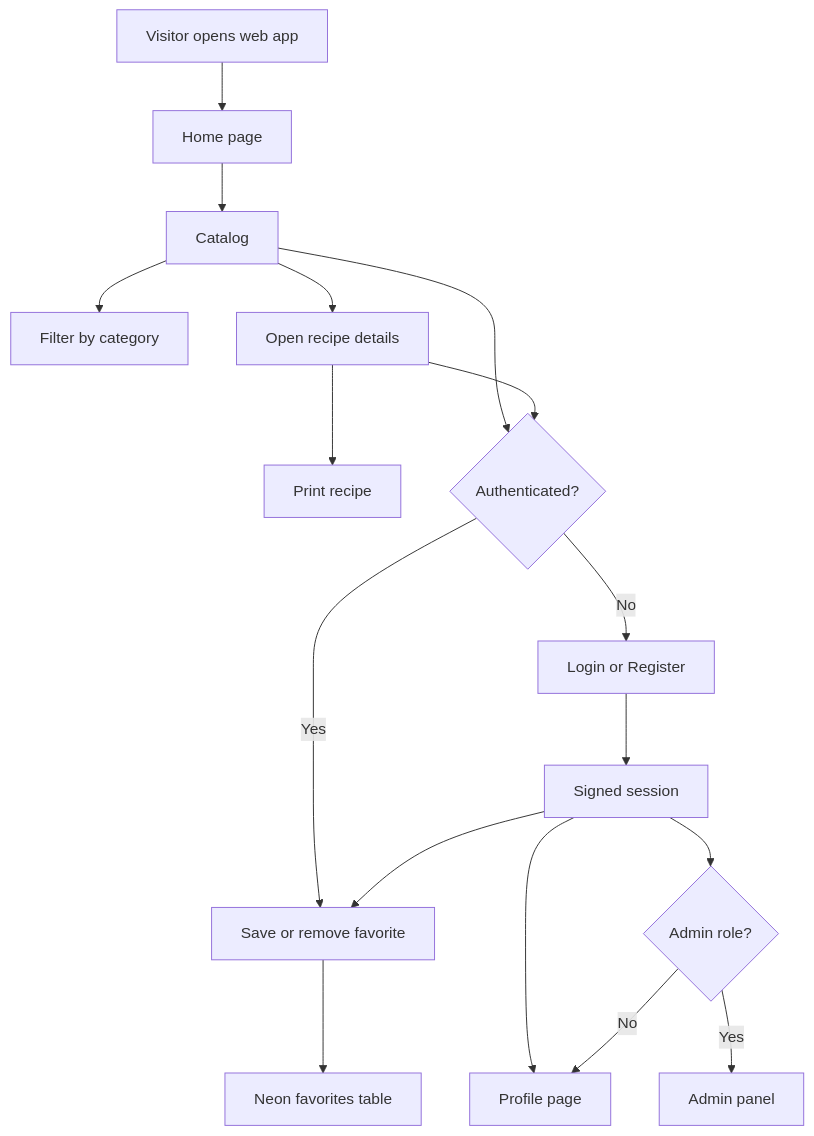
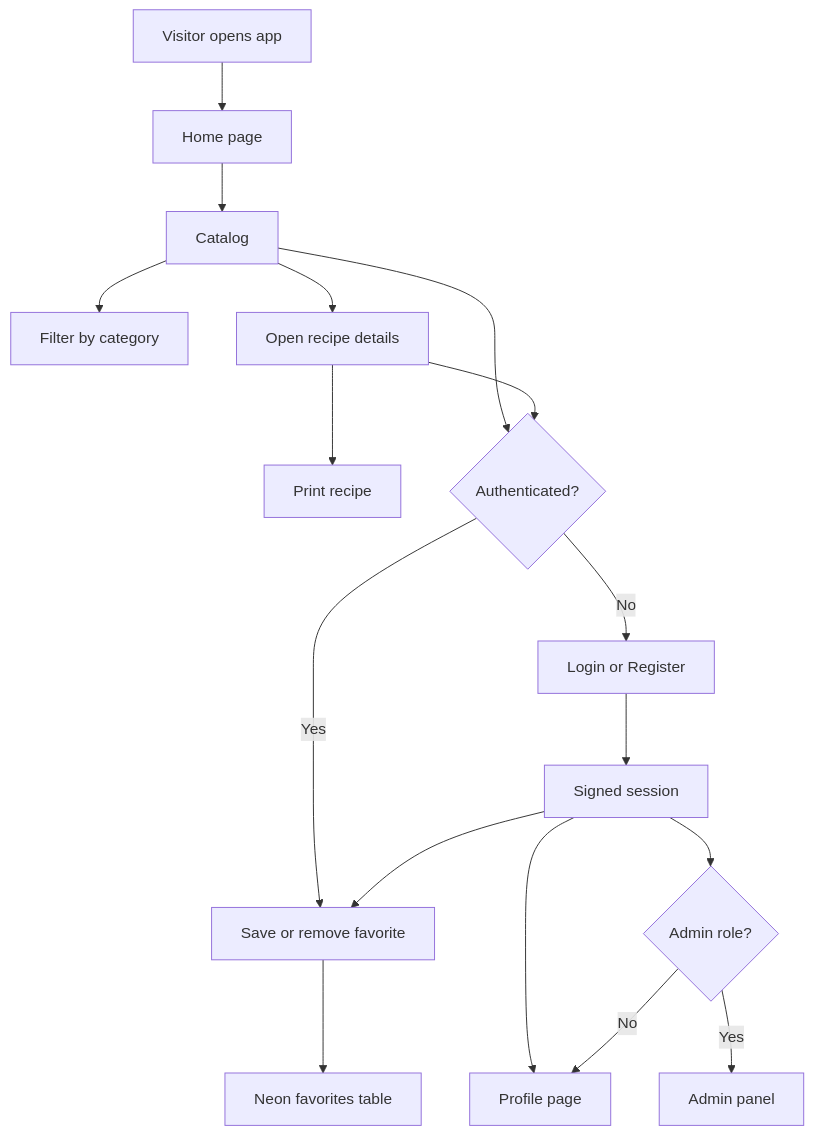
One commit to s-badev/chefos-recipes-fullstack changed the first of 2 diagrams in README.md. Above: the diagram before and after it, drawn with Mermaid. The commit also changed other lines of this file, not shown here.

````diff
--- a/README.md
+++ b/README.md
@@ -66,19 +65,19 @@
 ```mermaid
 flowchart TD
-  A[Visitor opens web app] --> B[Home page]
+  A[Visitor opens app] --> B[Home page]
   B --> C[Catalog]
   C --> D[Filter by category]
   C --> E[Open recipe details]
   E --> F[Print recipe]
   C --> G{Authenticated?}
   E --> G
   G -- No --> H[Login or Register]
   H --> I[Signed session]
   G -- Yes --> J[Save or remove favorite]
   I --> J
   J --> K[Neon favorites table]
   I --> L[Profile page]
   I --> M{Admin role?}
   M -- Yes --> N[Admin panel]
   M -- No --> L
 ```
````
